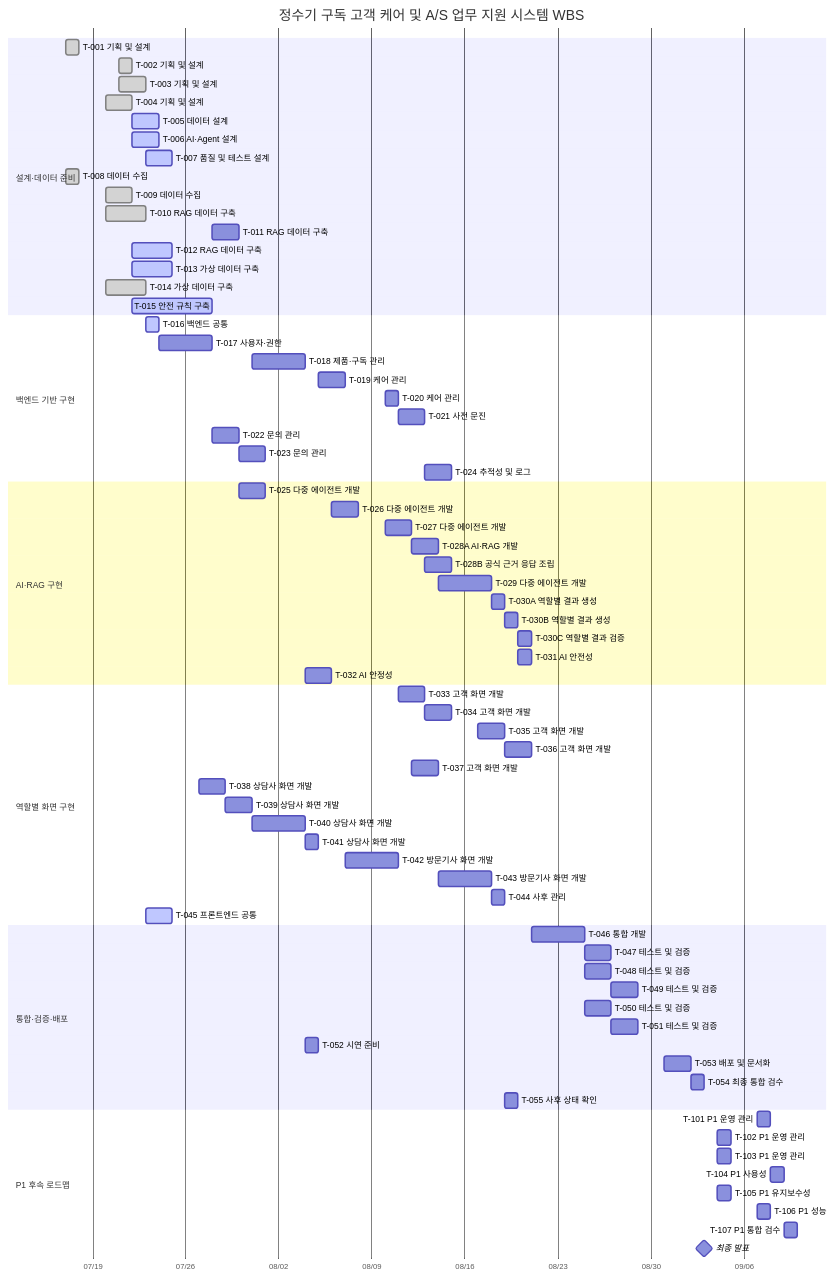
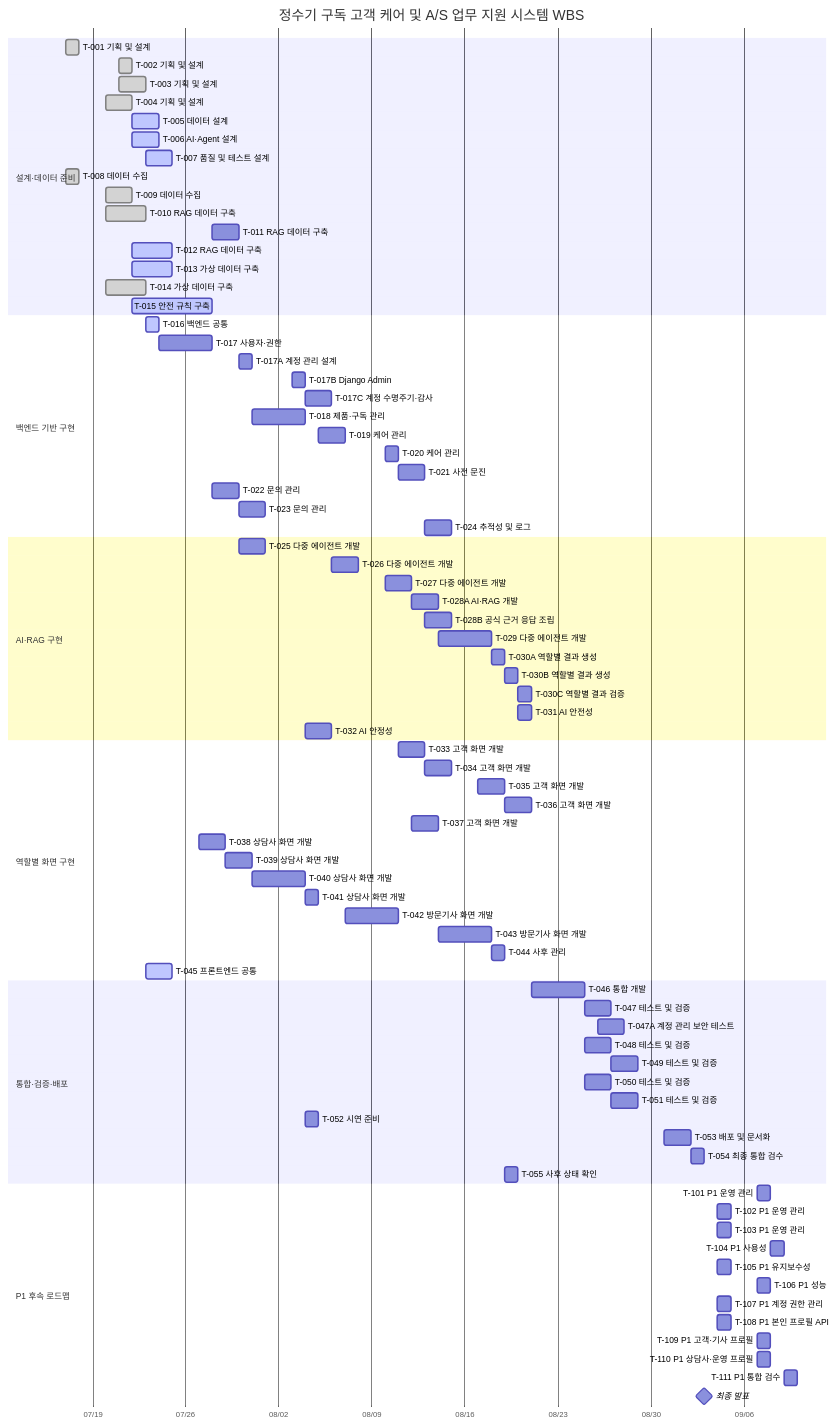
One commit to SKNETWORKS-FAMILY-AICAMP/SKN29-FINAL-4TEAM changed the diagram in docs/planning/md/WBS.md. Above: the diagram before and after it, drawn with Mermaid. The commit also changed other lines of this file and 3 other files, not shown here.

````diff
--- a/docs/planning/md/WBS.md
+++ b/docs/planning/md/WBS.md
@@ -221,6 +231,9 @@
     section 백엔드 기반 구현
     T-016 백엔드 공통 :active, T016, 2026-07-23, 1d
     T-017 사용자·권한 :T017, 2026-07-24, 4d
+    T-017A 계정 관리 설계 :T017A, 2026-07-30, 1d
+    T-017B Django Admin :T017B, 2026-08-03, 1d
+    T-017C 계정 수명주기·감사 :T017C, 2026-08-04, 2d
     T-018 제품·구독 관리 :T018, 2026-07-31, 4d
     T-019 케어 관리 :T019, 2026-08-05, 2d
     T-020 케어 관리 :T020, 2026-08-10, 1d
@@ -257,6 +270,7 @@
     section 통합·검증·배포
     T-046 통합 개발 :T046, 2026-08-21, 4d
     T-047 테스트 및 검증 :T047, 2026-08-25, 2d
+    T-047A 계정 관리 보안 테스트 :T047A, 2026-08-26, 2d
     T-048 테스트 및 검증 :T048, 2026-08-25, 2d
     T-049 테스트 및 검증 :T049, 2026-08-27, 2d
     T-050 테스트 및 검증 :T050, 2026-08-25, 2d
@@ -272,6 +286,10 @@
     T-104 P1 사용성 :T104, 2026-09-08, 1d
     T-105 P1 유지보수성 :T105, 2026-09-04, 1d
     T-106 P1 성능 :T106, 2026-09-07, 1d
-    T-107 P1 통합 검수 :T107, 2026-09-09, 1d
+    T-107 P1 계정 권한 관리 :T107, 2026-09-04, 1d
+    T-108 P1 본인 프로필 API :T108, 2026-09-04, 1d
+    T-109 P1 고객·기사 프로필 :T109, 2026-09-07, 1d
+    T-110 P1 상담사·운영 프로필 :T110, 2026-09-07, 1d
+    T-111 P1 통합 검수 :T111, 2026-09-09, 1d
     최종 발표 :milestone, FINAL, 2026-09-03, 0d
 ```
````
